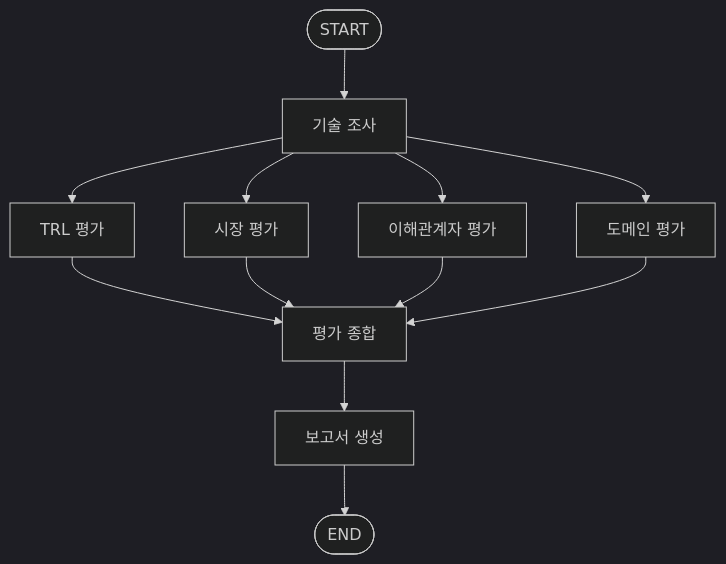
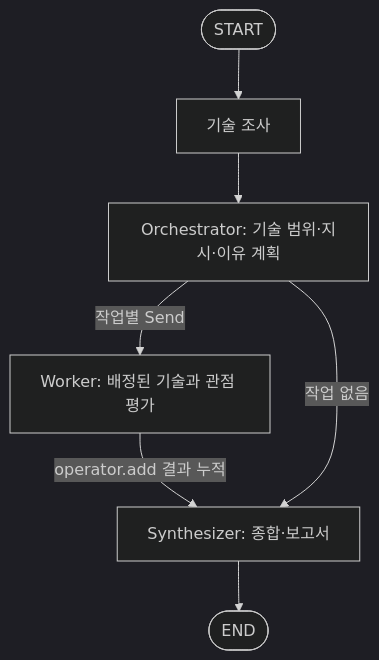
One commit to Team-1253/KV-cache-LangGraph changed the diagram in README.md. Above: the diagram before and after it, drawn with Mermaid (dark theme). The commit also changed other lines of this file and 20 other files, not shown here.

Commit message:
feat: state schema 정리 및 orchestration 반영

````diff
--- a/README.md
+++ b/README.md
@@ -133,14 +151,9 @@
 ```mermaid
 graph TD;
     START([START]) --> TR[기술 조사]
-    TR --> TRL[TRL 평가]
-    TR --> MK[시장 평가]
-    TR --> SH[이해관계자 평가]
-    TR --> DM[도메인 평가]
-    TRL --> SY[평가 종합]
-    MK --> SY
-    SH --> SY
-    DM --> SY
-    SY --> RP[보고서 생성]
-    RP --> END([END])
+    TR --> OR[Orchestrator: 기술 범위·지시·이유 계획]
+    OR -->|작업별 Send| WK[Worker: 배정된 기술과 관점 평가]
+    WK -->|operator.add 결과 누적| SY[Synthesizer: 종합·보고서]
+    OR -->|작업 없음| SY
+    SY --> END([END])
 ```
````
